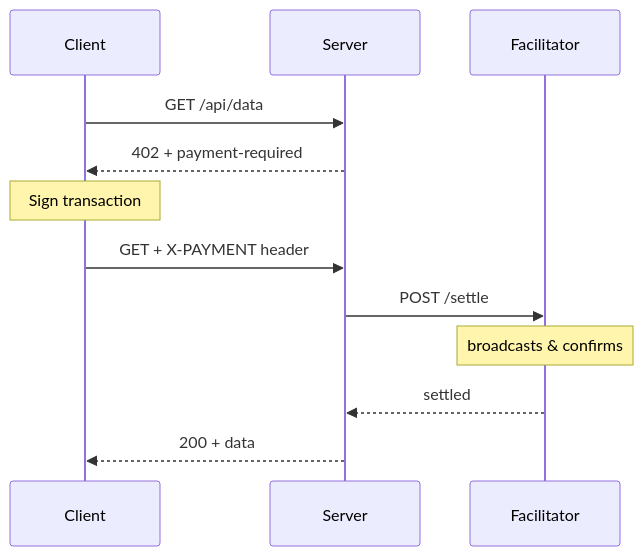
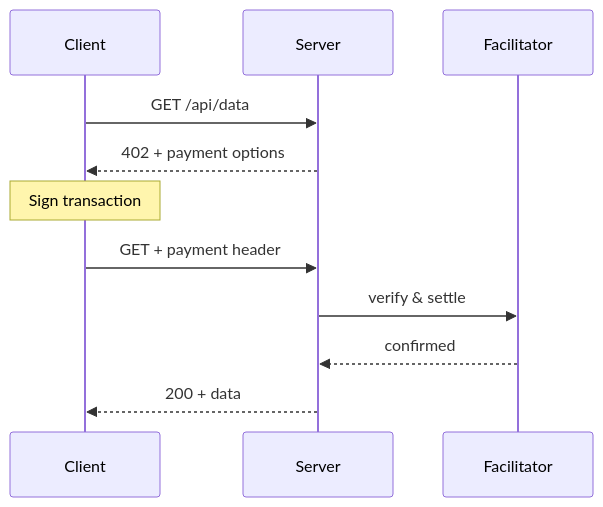
The second of 2 diagrams in README.md (aibtcdev/x402-crosschain-example), drawn with Mermaid before and after one commit. The commit also changed other lines of this file and 2 other files, not shown here.

````diff
--- a/README.md
+++ b/README.md
@@ -171,15 +128,14 @@
 ```mermaid
 sequenceDiagram
     participant C as Client
     participant S as Server
     participant F as Facilitator
 
     C->>S: GET /api/data
-    S-->>C: 402 + payment-required
+    S-->>C: 402 + payment options
     Note over C: Sign transaction
-    C->>S: GET + X-PAYMENT header
-    S->>F: POST /settle
-    Note over F: broadcasts & confirms
-    F-->>S: settled
+    C->>S: GET + payment header
+    S->>F: verify & settle
+    F-->>S: confirmed
     S-->>C: 200 + data
 ```
````
